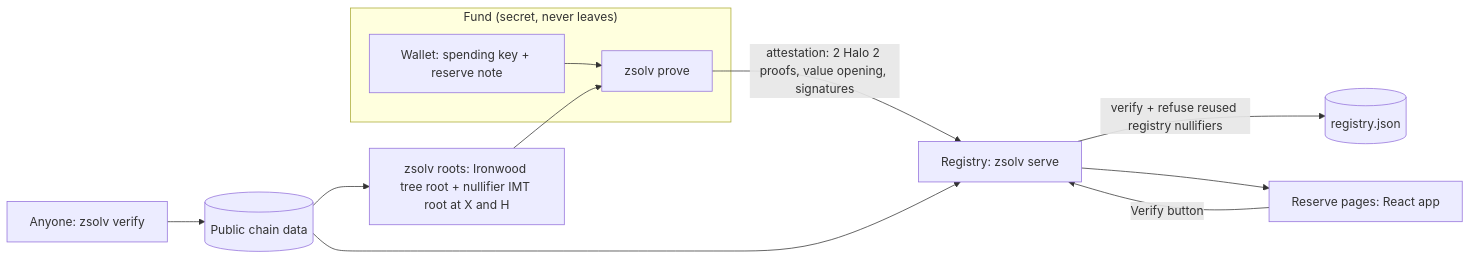
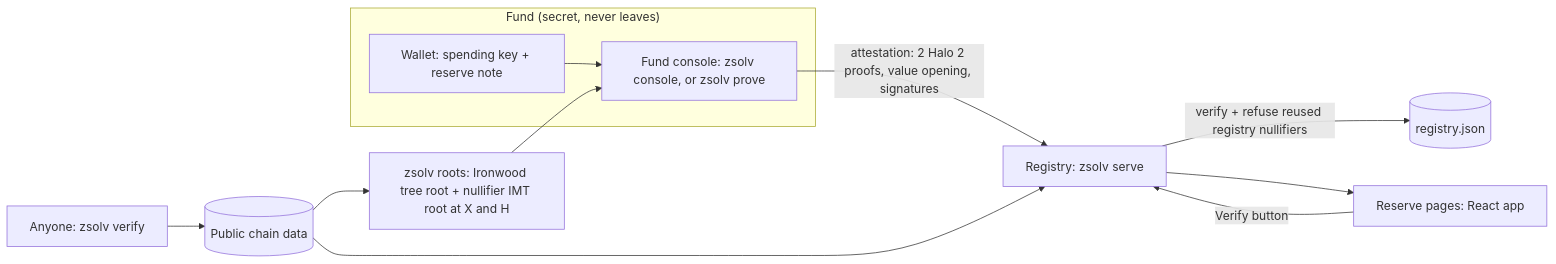
Before and after one commit to skyyycodes/zk-com: the diagram in README.md, drawn with Mermaid. The commit also changed other lines of this file and 37 other files, not shown here.

First line of the commit message:
Add the fund console and the public site from the design flow

````diff
--- a/README.md
+++ b/README.md
@@ -41,16 +41,16 @@
 ```mermaid
 flowchart LR
   subgraph Fund ["Fund (secret, never leaves)"]
     W[Wallet: spending key + reserve note]
-    P[zsolv prove]
+    P[Fund console: zsolv console, or zsolv prove]
   end
   C[(Public chain data)] --> R[zsolv roots: Ironwood tree root + nullifier IMT root at X and H]
   W --> P
   R --> P
   P -->|"attestation: 2 Halo 2 proofs, value opening, signatures"| G[Registry: zsolv serve]
   C --> G
   G -->|verify + refuse reused registry nullifiers| S[(registry.json)]
   G --> UI[Reserve pages: React app]
   UI -->|Verify button| G
   A[Anyone: zsolv verify] --> C
 ```
````
